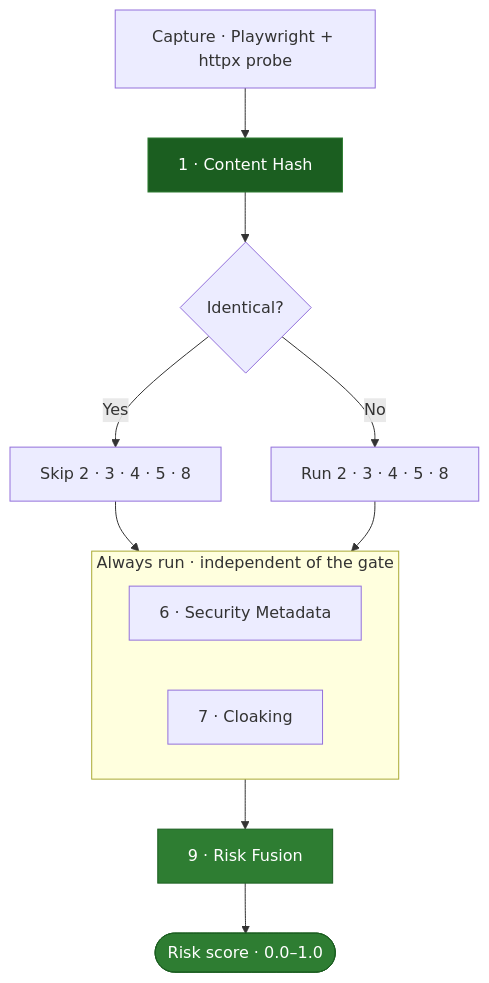
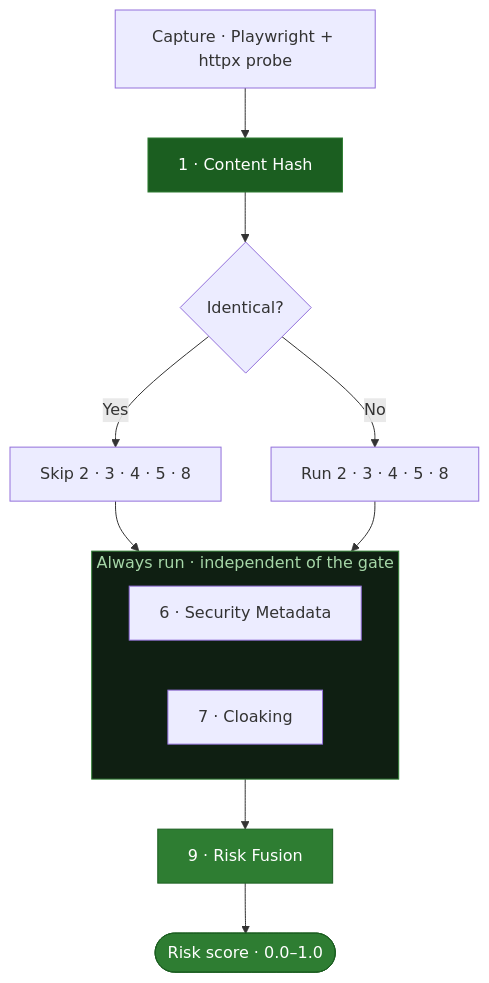
Before and after one commit to Ns81000/WARDRESS: the first of 2 diagrams in docs/detection-layers.mdx, drawn with Mermaid. The commit also changed 10 other files, not shown here.

Commit message:
docs: add comprehensive documentation for the Wardress detection layers and system architecture.

````diff
--- a/docs/detection-layers.mdx
+++ b/docs/detection-layers.mdx
@@ -15,22 +15,23 @@
 ```mermaid
 flowchart TB
     F[Capture · Playwright + httpx probe] --> L1[1 · Content Hash]
     L1 --> G{Identical?}
     G -->|Yes| GATE[Skip 2 · 3 · 4 · 5 · 8]
     G -->|No| CONTENT[Run 2 · 3 · 4 · 5 · 8]
     GATE --> ALWAYS
     CONTENT --> ALWAYS
     subgraph ALWAYS [Always run · independent of the gate]
       direction LR
       L6[6 · Security Metadata]
       L7[7 · Cloaking]
     end
     ALWAYS --> L9[9 · Risk Fusion]
     L9 --> RISK([Risk score · 0.0–1.0])
 
     classDef hash fill:#1b5e20,stroke:#2e7d32,color:#fff;
     classDef fusion fill:#2e7d32,stroke:#1b5e20,color:#fff;
     class L1 hash;
     class L9 fusion;
     class RISK fusion;
+    style ALWAYS fill:#0f1f12,stroke:#2e7d32,color:#a5d6a7;
 ```
````
